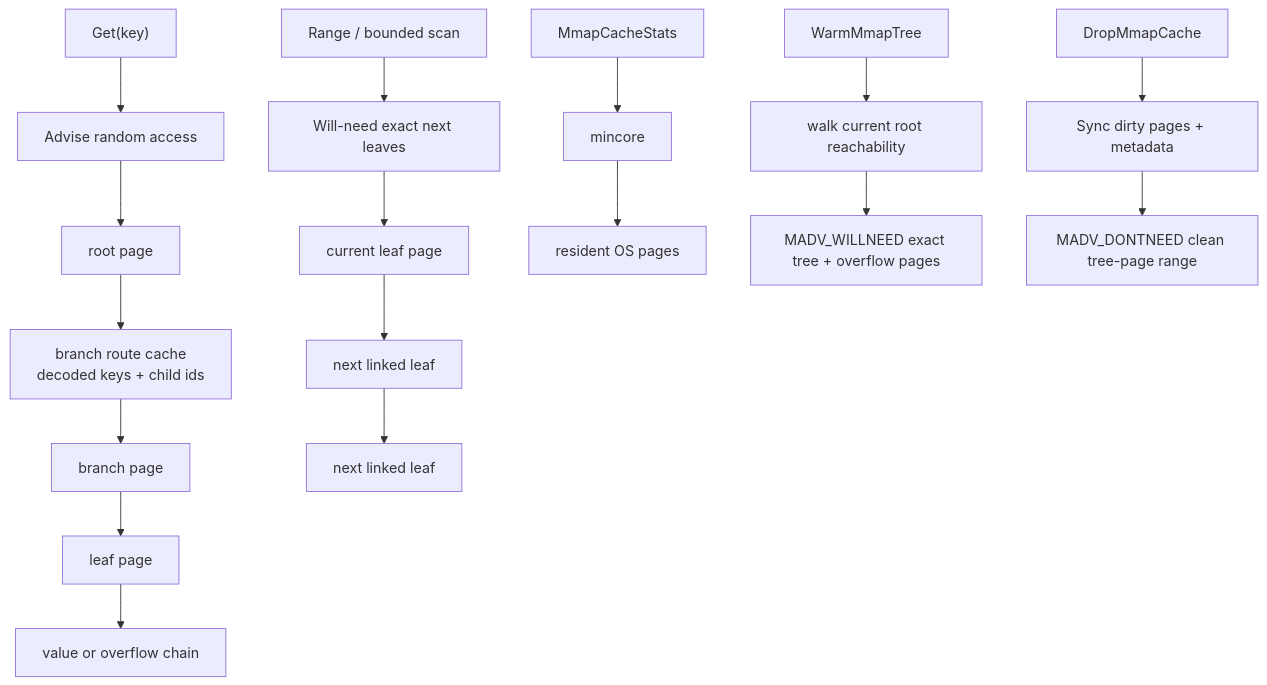
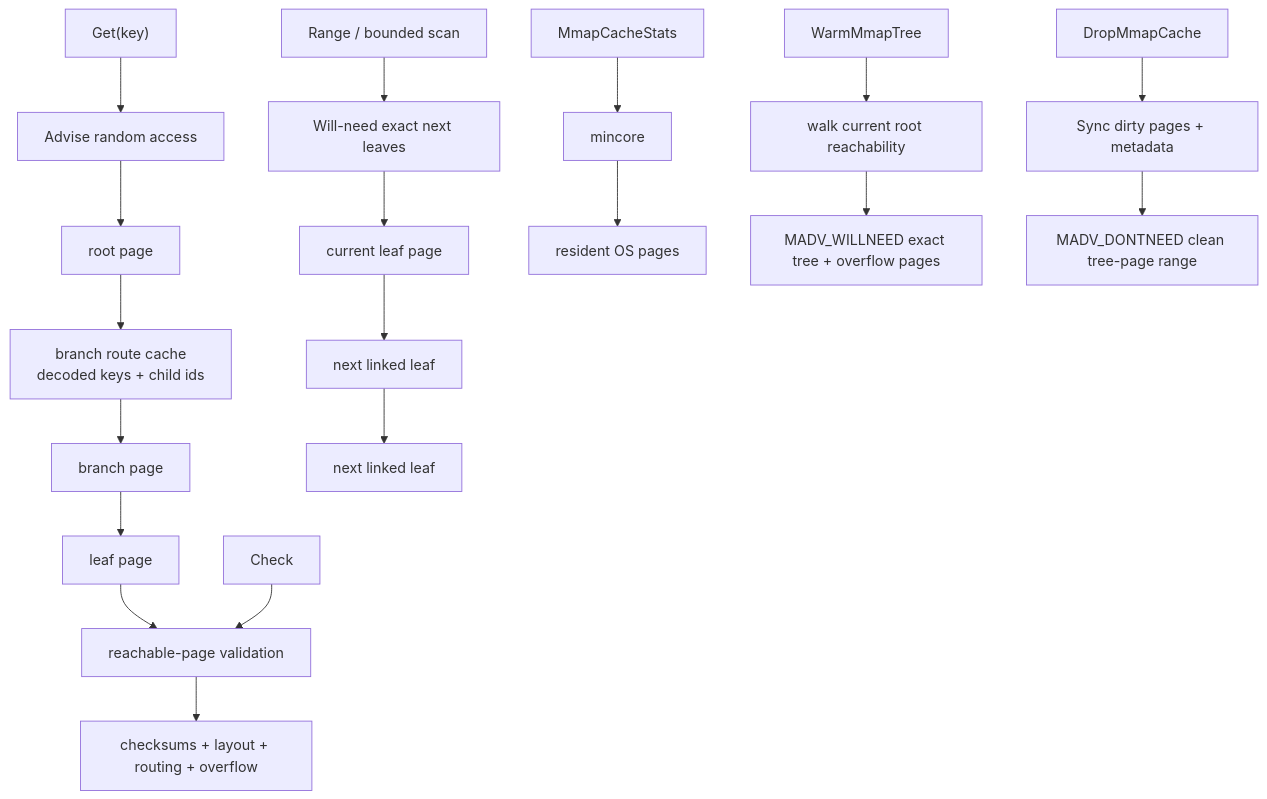
One commit to hadamrd/cow-btree-course changed the third of 4 diagrams in docs/08-mmap-backed-pages.md. Above: the diagram before and after it, drawn with Mermaid. The commit also changed other lines of this file and 8 other files, not shown here.

````diff
--- a/docs/08-mmap-backed-pages.md
+++ b/docs/08-mmap-backed-pages.md
@@ -130,23 +138,26 @@
 ```mermaid
 flowchart TD
     G["Get(key)"] --> A["Advise random access"]
     A --> R["root page"]
     R --> D["branch route cache<br/>decoded keys + child ids"]
     D --> B["branch page"]
     B --> L["leaf page"]
     L --> V["value or overflow chain"]
 
     S["Range / bounded scan"] --> Q["Will-need exact next leaves"]
     Q --> P1["current leaf page"]
     P1 --> P2["next linked leaf"]
     P2 --> P3["next linked leaf"]
 
     C["MmapCacheStats"] --> M["mincore"]
     M --> K["resident OS pages"]
 
     W["WarmMmapTree"] --> E["walk current root reachability"]
     E --> N["MADV_WILLNEED exact tree + overflow pages"]
 
+    I["Check"] --> V["reachable-page validation"]
+    V --> O["checksums + layout + routing + overflow"]
+
     X["DropMmapCache"] --> Y["Sync dirty pages + metadata"]
     Y --> Z["MADV_DONTNEED clean tree-page range"]
 ```
````
